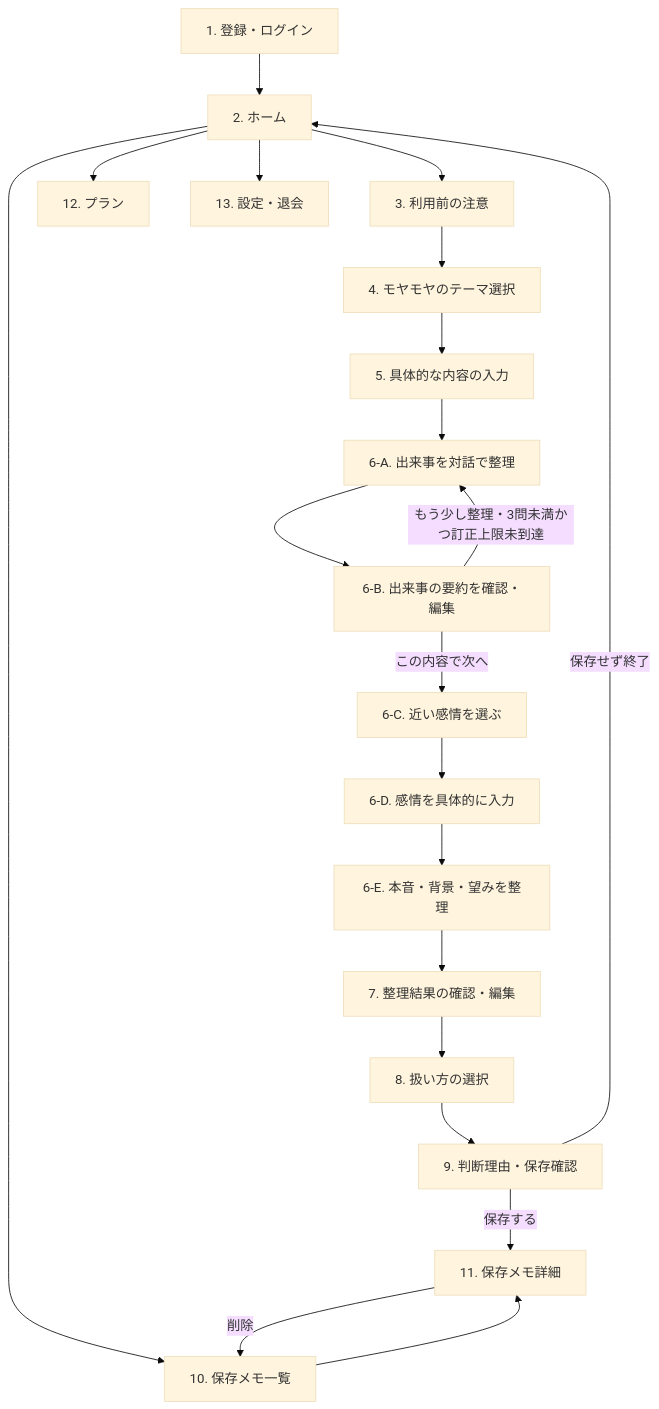
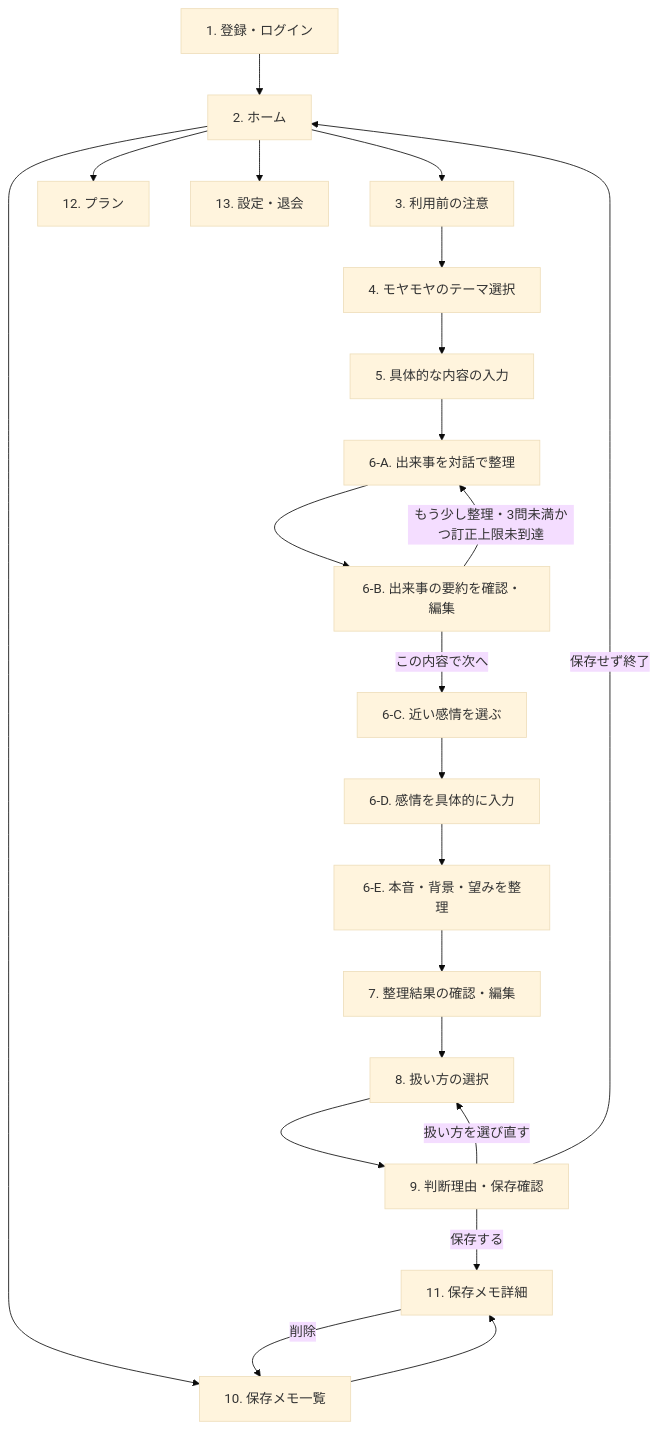
Before and after one commit to ms-engineer-bc26-05/Section9_TeamD: the diagram in issue-review/porori-mvp-wireframes.md, drawn with Mermaid (base theme). The commit also changed other lines of this file and 4 other files, not shown here.

````diff
--- a/issue-review/porori-mvp-wireframes.md
+++ b/issue-review/porori-mvp-wireframes.md
@@ -47,23 +49,24 @@
 ```mermaid
 flowchart TD
     A[1. 登録・ログイン] --> B[2. ホーム]
     B --> C[3. 利用前の注意]
     C --> D[4. モヤモヤのテーマ選択]
     D --> E[5. 具体的な内容の入力]
     E --> F1[6-A. 出来事を対話で整理]
     F1 --> F2[6-B. 出来事の要約を確認・編集]
     F2 -->|この内容で次へ| F3[6-C. 近い感情を選ぶ]
     F2 -->|もう少し整理・3問未満かつ訂正上限未到達| F1
     F3 --> F4[6-D. 感情を具体的に入力]
     F4 --> F5[6-E. 本音・背景・望みを整理]
     F5 --> G[7. 整理結果の確認・編集]
     G --> H[8. 扱い方の選択]
     H --> I[9. 判断理由・保存確認]
+    I -->|扱い方を選び直す| H
     I -->|保存する| K[11. 保存メモ詳細]
     I -->|保存せず終了| B
     B --> J[10. 保存メモ一覧]
     J --> K
     K -->|削除| J
     B --> L[12. プラン]
     B --> M[13. 設定・退会]
 ```
````
